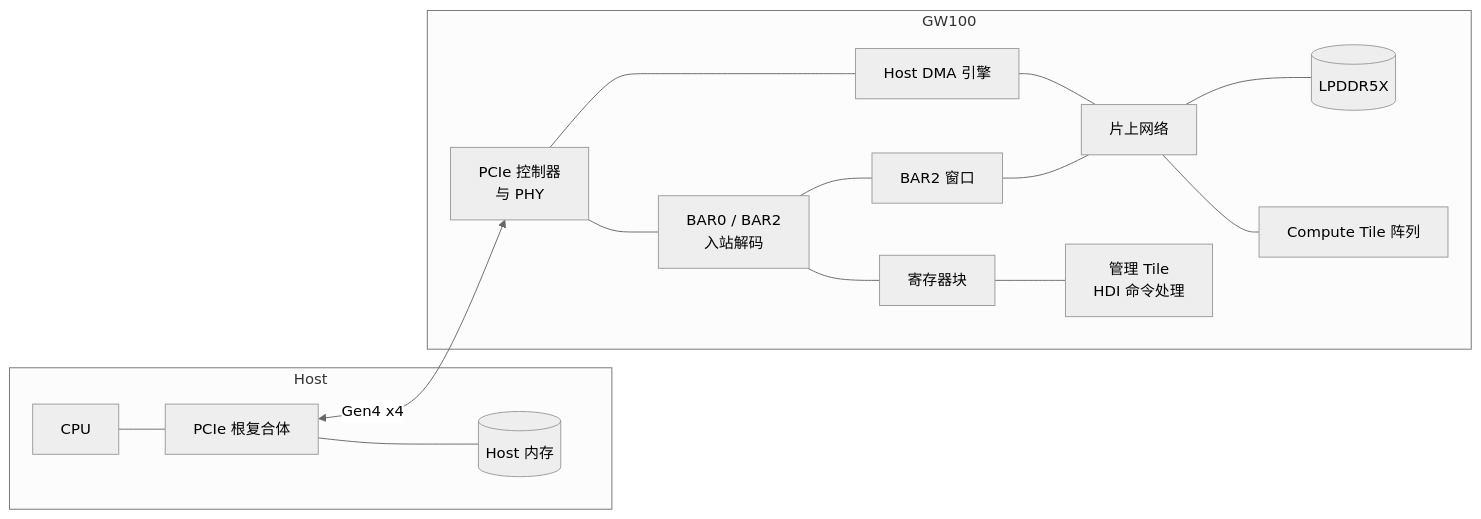
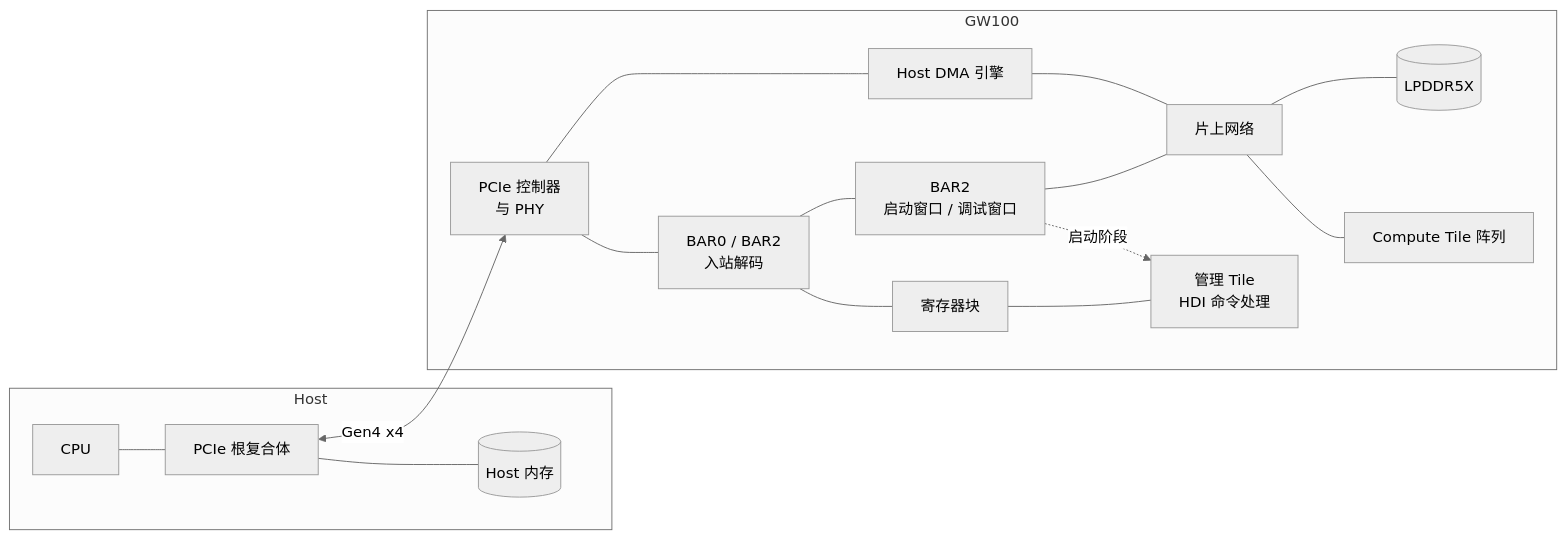
Before and after one commit to gevico/gw100-gem5: the diagram in docs/spec/host/spec-pcie.md, drawn with Mermaid (neutral theme). The commit also changed other lines of this file, not shown here.

First line of the commit message:
spec(spec-pcie): 启动改为经 BAR2 写入 SRAM，BAR2 只用于启动和调试

````diff
--- a/docs/spec/host/spec-pcie.md
+++ b/docs/spec/host/spec-pcie.md
@@ -28,19 +28,20 @@
 ```mermaid
 flowchart LR
   subgraph Host
     CPU[CPU] --- RC[PCIe 根复合体]
     RC --- MEM[(Host 内存)]
   end
   subgraph GW100
     EP[PCIe 控制器<br/>与 PHY] --- BAR[BAR0 / BAR2<br/>入站解码]
     EP --- HDMA[Host DMA 引擎]
     BAR --- REGS[寄存器块]
-    BAR --- WIN[BAR2 窗口]
+    BAR --- WIN[BAR2<br/>启动窗口 / 调试窗口]
     HDMA --- NOC[片上网络]
     WIN --- NOC
+    WIN -.->|启动阶段| MGMT
     REGS --- MGMT[管理 Tile<br/>HDI 命令处理]
     NOC --- DRAM[(LPDDR5X)]
     NOC --- TILES[Compute Tile 阵列]
   end
   RC <-->|Gen4 x4| EP
 ```
````
